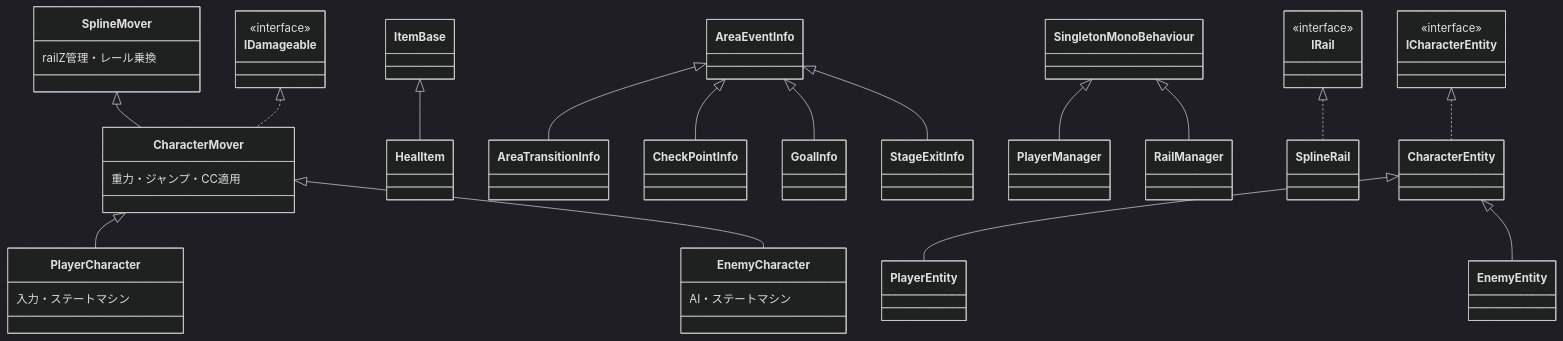
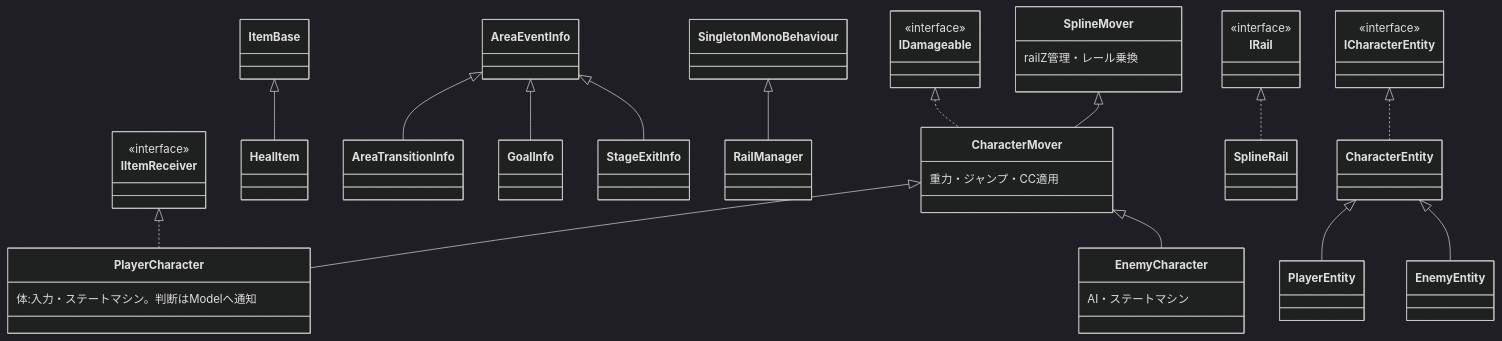
One commit to kuroichen/3DSide changed the second of 2 diagrams in Docs/knowledge/クラス相関図.md. Above: the diagram before and after it, drawn with Mermaid (dark theme). The commit also changed other lines of this file and 37 other files, not shown here.

First line of the commit message:
refactor: 旧構成(PlayerManager/StageFlowManager等)と検証用シーンを削除

````diff
--- a/Docs/knowledge/クラス相関図.md
+++ b/Docs/knowledge/クラス相関図.md
@@ -98,28 +116,28 @@
 ```mermaid
 classDiagram
     SplineMover <|-- CharacterMover
     CharacterMover <|-- PlayerCharacter
     CharacterMover <|-- EnemyCharacter
     ItemBase <|-- HealItem
     AreaEventInfo <|-- AreaTransitionInfo
-    AreaEventInfo <|-- CheckPointInfo
     AreaEventInfo <|-- GoalInfo
     AreaEventInfo <|-- StageExitInfo
-    SingletonMonoBehaviour <|-- PlayerManager
     SingletonMonoBehaviour <|-- RailManager
 
     class IRail { <<interface>> }
     class IDamageable { <<interface>> }
+    class IItemReceiver { <<interface>> }
     class ICharacterEntity { <<interface>> }
 
     IRail <|.. SplineRail
     IDamageable <|.. CharacterMover
+    IItemReceiver <|.. PlayerCharacter
     ICharacterEntity <|.. CharacterEntity
     CharacterEntity <|-- PlayerEntity
     CharacterEntity <|-- EnemyEntity
 
     class SplineMover { railZ管理・レール乗換 }
     class CharacterMover { 重力・ジャンプ・CC適用 }
-    class PlayerCharacter { 入力・ステートマシン }
+    class PlayerCharacter { 体:入力・ステートマシン。判断はModelへ通知 }
     class EnemyCharacter { AI・ステートマシン }
 ```
````
